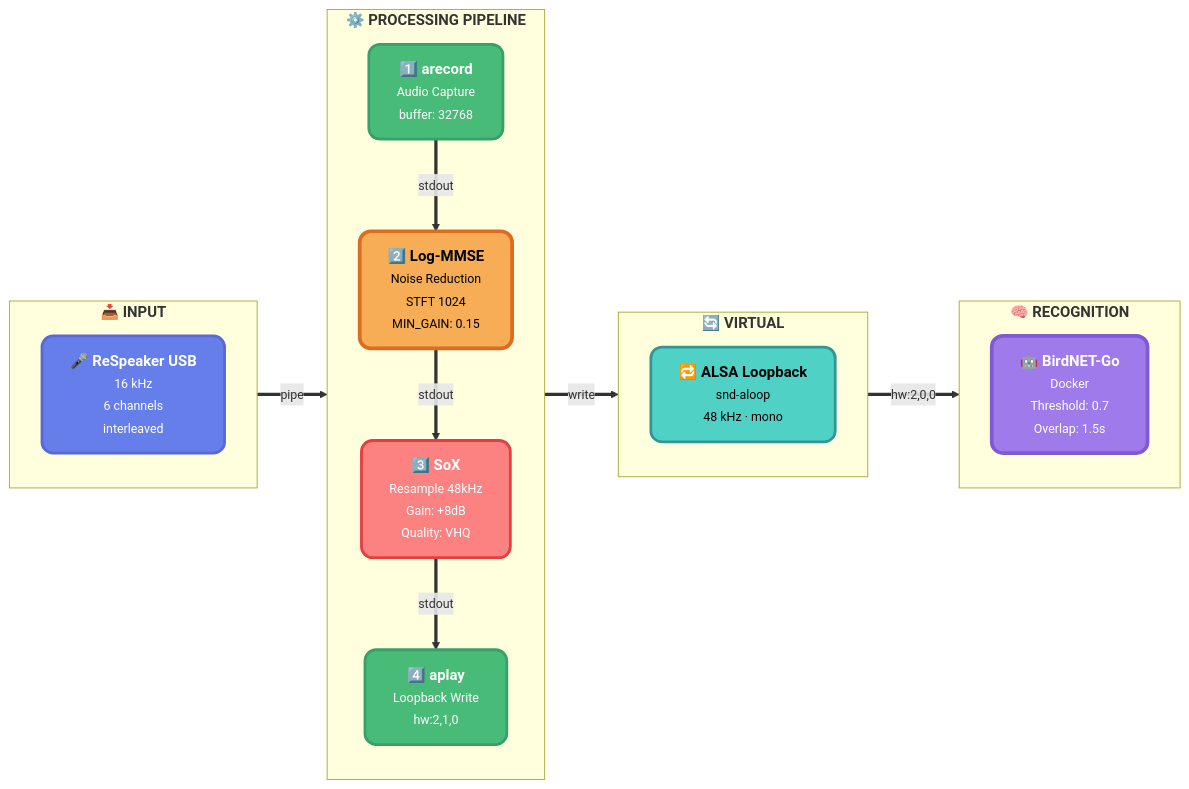
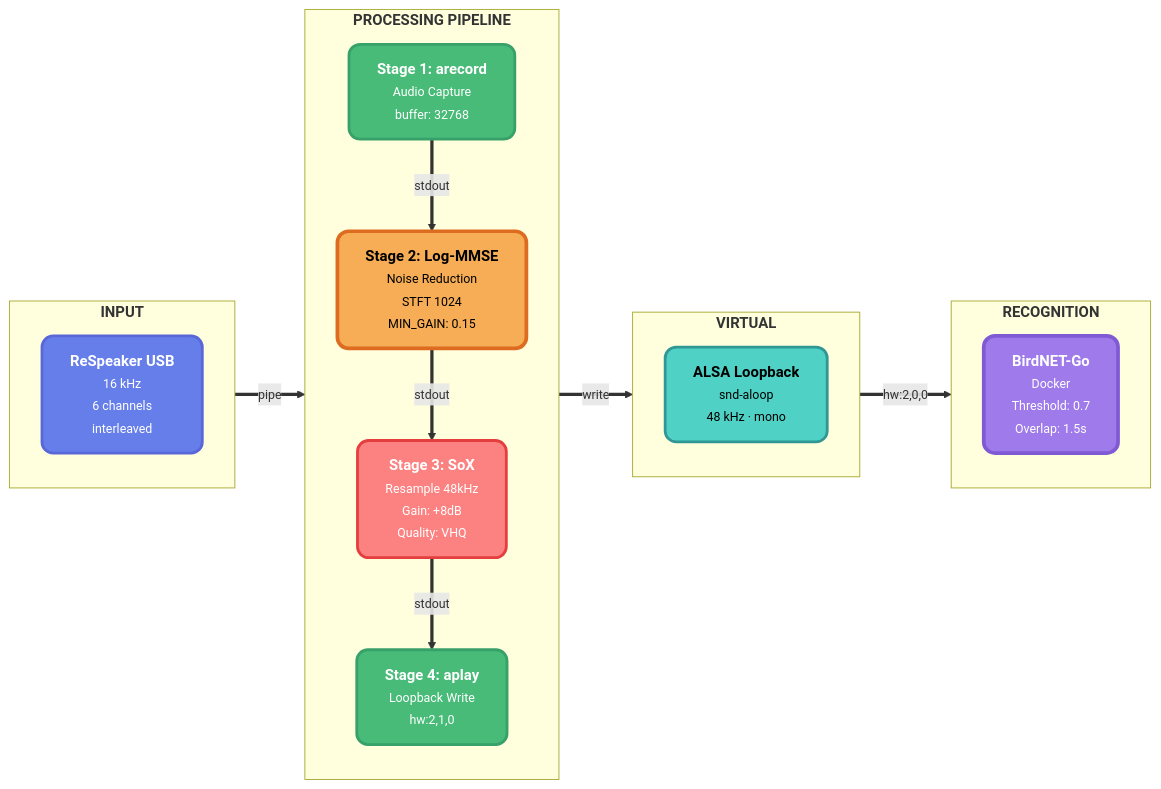
Before and after one commit to Gfermoto/birdnet_odas: the diagram in docs/audio_pipeline.md, drawn with Mermaid. The commit also changed 1 other file, not shown here.

Commit message:
docs: инструкция по публикации на Хабре
Made-with: Cursor

````diff
--- a/docs/audio_pipeline.md
+++ b/docs/audio_pipeline.md
@@ -13,48 +13,48 @@
 ```mermaid
 %%{init: {'theme':'base', 'themeVariables': { 'fontSize':'14px', 'fontFamily':'system-ui, -apple-system, "Segoe UI", Roboto, sans-serif'}}}%%
 flowchart LR
-    subgraph IN["<b>📥 INPUT</b>"]
+    subgraph IN["<b>INPUT</b>"]
         direction TB
-        A["<b>🎤 ReSpeaker USB</b><br/><small>16 kHz<br/>6 channels<br/>interleaved</small>"]
+        A["<b>ReSpeaker USB</b><br/><small>16 kHz<br/>6 channels<br/>interleaved</small>"]
     end
     
-    subgraph PROC["<b>⚙️ PROCESSING PIPELINE</b>"]
+    subgraph PROC["<b>PROCESSING PIPELINE</b>"]
         direction TB
-        B["<b>1️⃣ arecord</b><br/><small>Audio Capture<br/>buffer: 32768</small>"]
-        C["<b>2️⃣ Log-MMSE</b><br/><small>Noise Reduction<br/>STFT 1024<br/>MIN_GAIN: 0.15</small>"]
-        D["<b>3️⃣ SoX</b><br/><small>Resample 48kHz<br/>Gain: +8dB<br/>Quality: VHQ</small>"]
-        E["<b>4️⃣ aplay</b><br/><small>Loopback Write<br/>hw:2,1,0</small>"]
+        B["<b>Stage 1: arecord</b><br/><small>Audio Capture<br/>buffer: 32768</small>"]
+        C["<b>Stage 2: Log-MMSE</b><br/><small>Noise Reduction<br/>STFT 1024<br/>MIN_GAIN: 0.15</small>"]
+        D["<b>Stage 3: SoX</b><br/><small>Resample 48kHz<br/>Gain: +8dB<br/>Quality: VHQ</small>"]
+        E["<b>Stage 4: aplay</b><br/><small>Loopback Write<br/>hw:2,1,0</small>"]
     end
     
-    subgraph LOOP["<b>🔄 VIRTUAL</b>"]
+    subgraph LOOP["<b>VIRTUAL</b>"]
         direction TB
-        F["<b>🔁 ALSA Loopback</b><br/><small>snd-aloop<br/>48 kHz · mono</small>"]
+        F["<b>ALSA Loopback</b><br/><small>snd-aloop<br/>48 kHz · mono</small>"]
     end
     
-    subgraph AI["<b>🧠 RECOGNITION</b>"]
+    subgraph AI["<b>RECOGNITION</b>"]
         direction TB
-        G["<b>🤖 BirdNET-Go</b><br/><small>Docker<br/>Threshold: 0.7<br/>Overlap: 1.5s</small>"]
+        G["<b>BirdNET-Go</b><br/><small>Docker<br/>Threshold: 0.7<br/>Overlap: 1.5s</small>"]
     end
     
     A ==>|"<small>pipe</small>"| B
     B ==>|"<small>stdout</small>"| C
     C ==>|"<small>stdout</small>"| D
     D ==>|"<small>stdout</small>"| E
     E ==>|"<small>write</small>"| F
     F ==>|"<small>hw:2,0,0</small>"| G
     
     classDef input fill:#667EEA,stroke:#5A67D8,stroke-width:3px,color:#fff,rx:12,ry:12
     classDef capture fill:#48BB78,stroke:#38A169,stroke-width:3px,color:#fff,rx:12,ry:12
     classDef core fill:#F6AD55,stroke:#DD6B20,stroke-width:4px,color:#000,rx:12,ry:12
     classDef convert fill:#FC8181,stroke:#E53E3E,stroke-width:3px,color:#fff,rx:12,ry:12
     classDef virtual fill:#4FD1C5,stroke:#319795,stroke-width:3px,color:#000,rx:12,ry:12
     classDef ai fill:#9F7AEA,stroke:#805AD5,stroke-width:4px,color:#fff,rx:12,ry:12
     
     class A input
     class B capture
     class C core
     class D convert
     class E capture
     class F virtual
     class G ai
 ```
````
